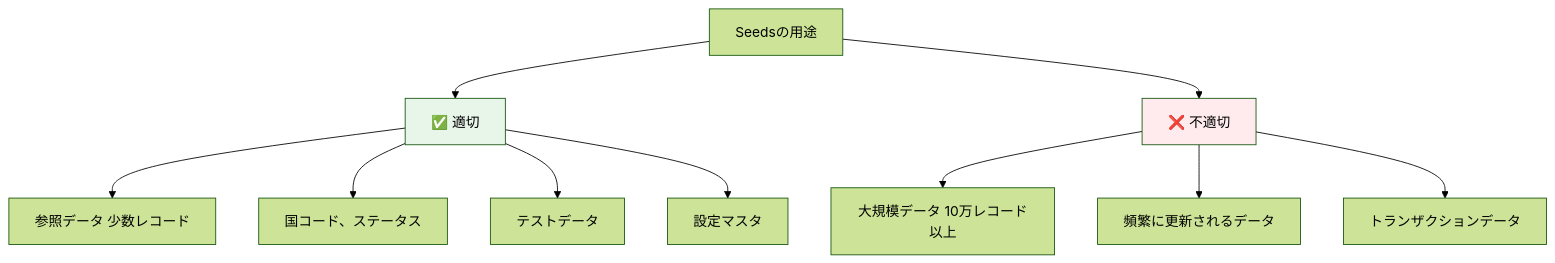
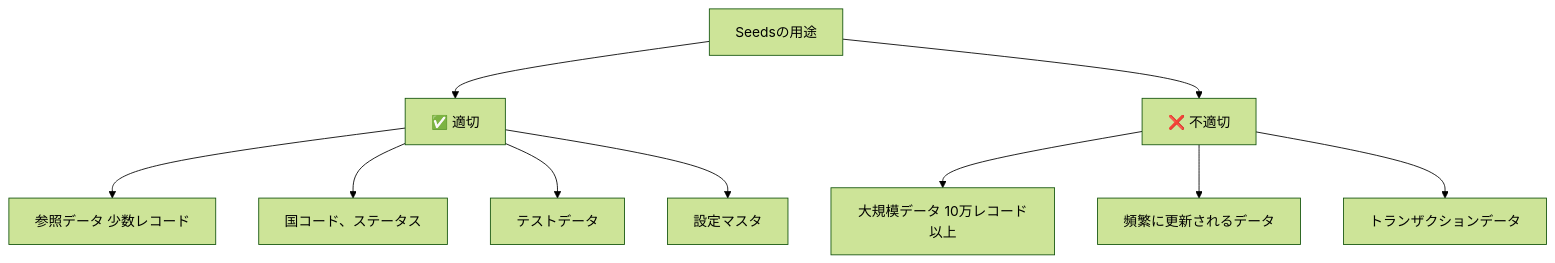
One commit to 1210yuichi0/1210yuichi0.github.io changed the eighth of 8 diagrams in content/Tech/dbt/categories/seed-config.md. Above: the diagram before and after it, drawn with Mermaid (forest theme). The commit also changed other lines of this file and 22 other files, not shown here.

First line of the commit message:
style: remove Mermaid style directives for dark mode compatibility

````diff
--- a/content/Tech/dbt/categories/seed-config.md
+++ b/content/Tech/dbt/categories/seed-config.md
@@ -921,17 +904,15 @@
 ```mermaid
 graph TB
     A[Seedsの用途] --> B[✅ 適切]
     A --> C[❌ 不適切]
 
     B --> D[参照データ 少数レコード]
     B --> E[国コード、ステータス]
     B --> F[テストデータ]
     B --> G[設定マスタ]
 
     C --> H[大規模データ 10万レコード以上]
     C --> I[頻繁に更新されるデータ]
     C --> J[トランザクションデータ]
 
-    style B fill:#e8f5e9
-    style C fill:#ffebee
 ```
````
